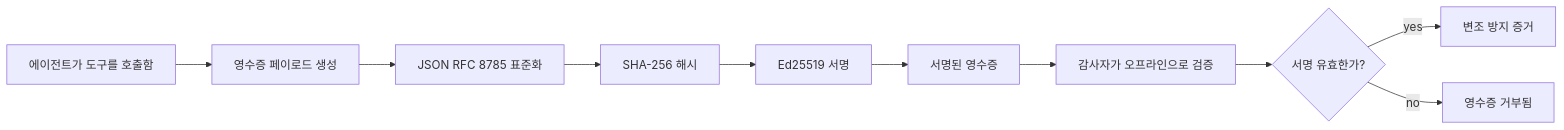
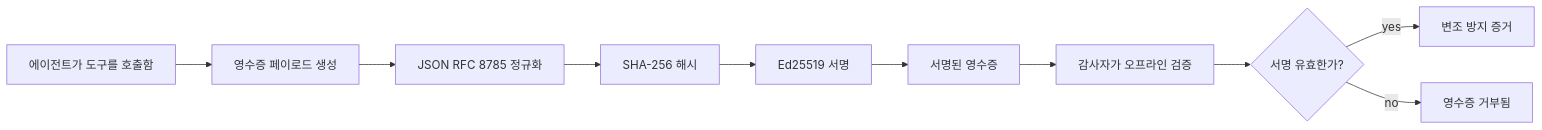
The first of 2 diagrams in mirrors/repos/microsoft@ai-agents-for-beginners/translations/ko/18-securing-ai-agents/README.md (gabrielmoreira/agent-skills-mirror), drawn with Mermaid before and after one commit. The commit also changed other lines of this file and 2285 other files, not shown here.

````diff
--- a/mirrors/repos/microsoft@ai-agents-for-beginners/translations/ko/18-securing-ai-agents/README.md
+++ b/mirrors/repos/microsoft@ai-agents-for-beginners/translations/ko/18-securing-ai-agents/README.md
@@ -51,12 +51,12 @@
 ```mermaid
 flowchart LR
     A[에이전트가 도구를 호출함] --> B[영수증 페이로드 생성]
-    B --> C[JSON RFC 8785 표준화]
+    B --> C[JSON RFC 8785 정규화]
     C --> D[SHA-256 해시]
     D --> E[Ed25519 서명]
     E --> F[서명된 영수증]
-    F --> G[감사자가 오프라인으로 검증]
+    F --> G[감사자가 오프라인 검증]
     G --> H{서명 유효한가?}
     H -- yes --> I[변조 방지 증거]
     H -- no --> J[영수증 거부됨]
 ```
````
